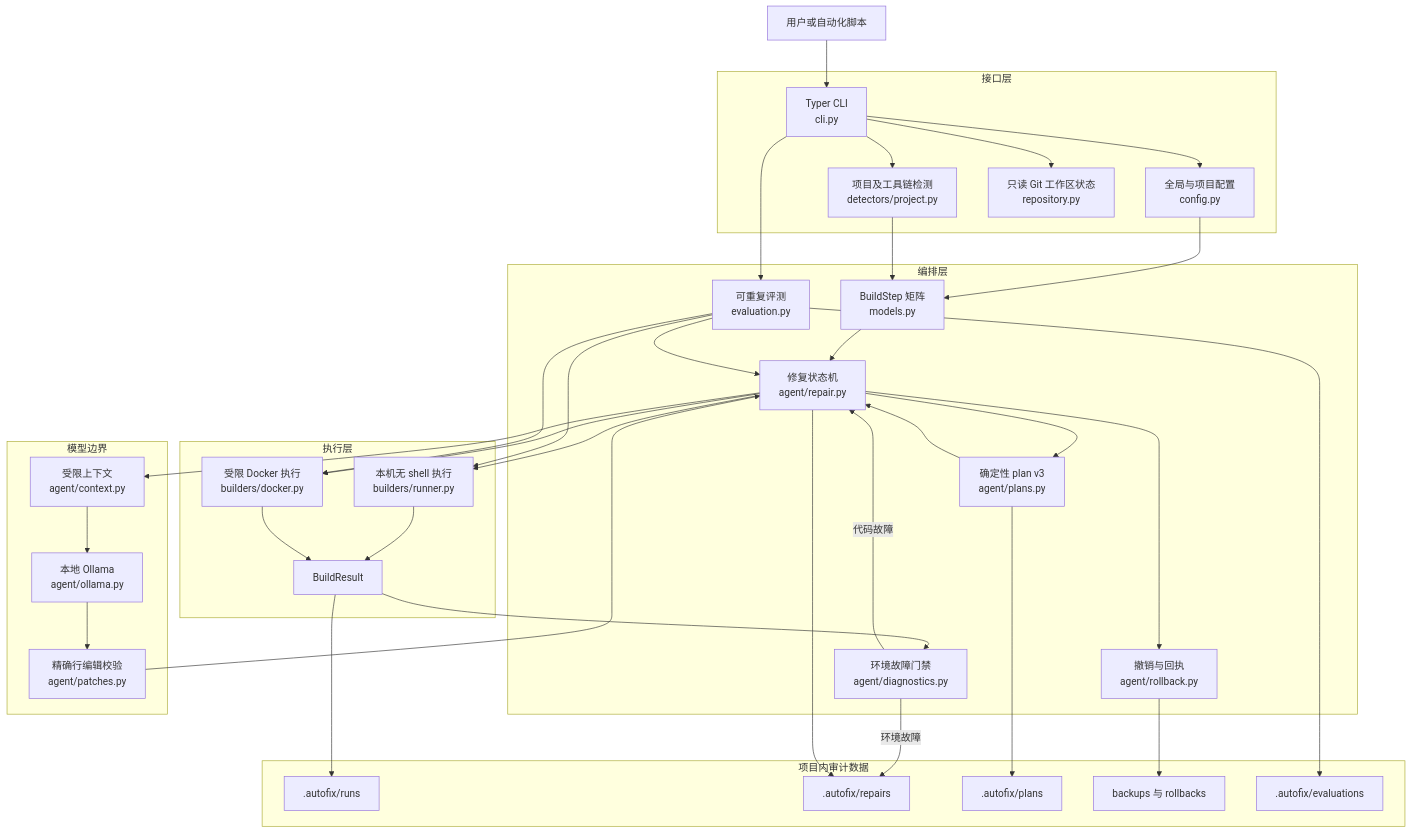
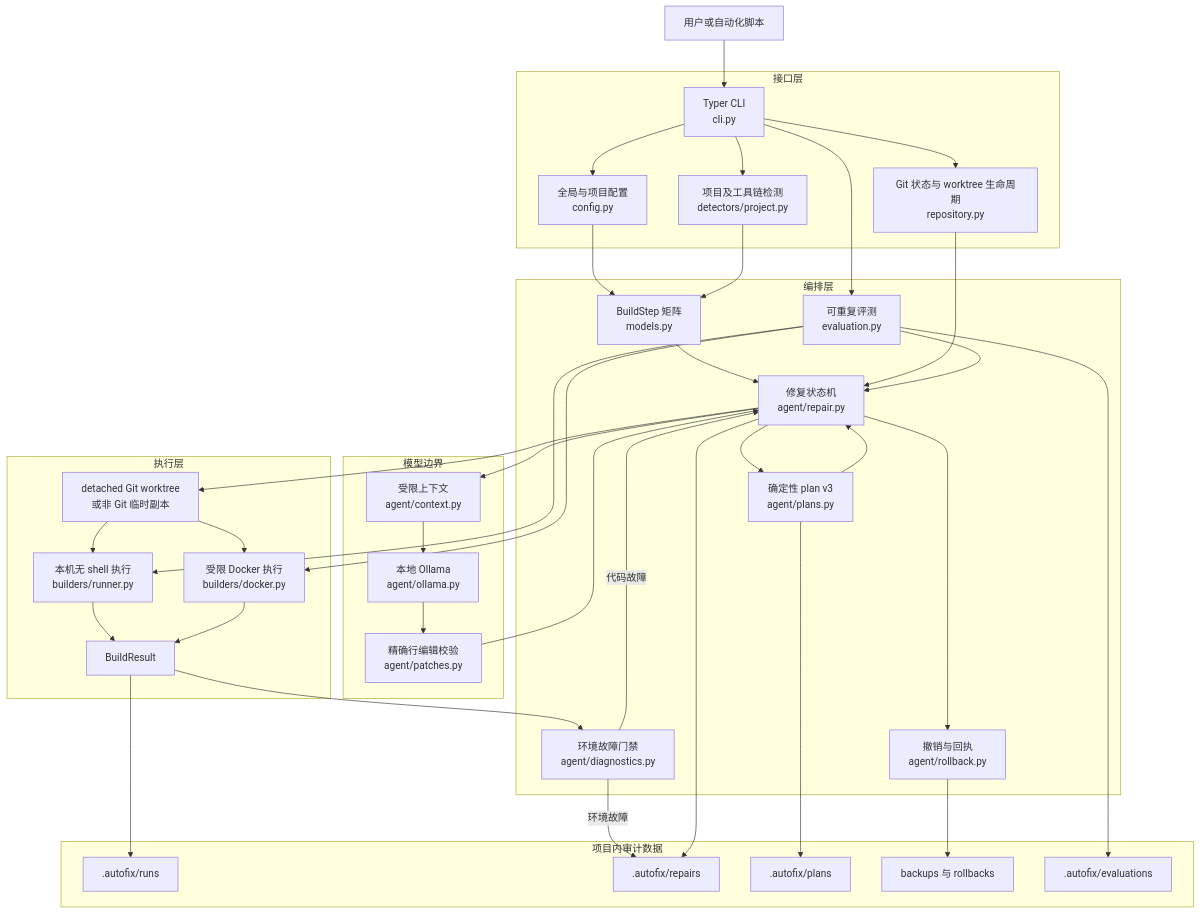
The first of 7 diagrams in docs/ARCHITECTURE_ZH.md (zhanghl-learner/docker-ollama-autofix), drawn with Mermaid before and after one commit. The commit also changed other lines of this file and 9 other files, not shown here.

Commit message:
Add isolated Git worktree repair workflow

````diff
--- a/docs/ARCHITECTURE_ZH.md
+++ b/docs/ARCHITECTURE_ZH.md
@@ -29,71 +29,74 @@
 ```mermaid
 flowchart TB
     USER[用户或自动化脚本]
 
     subgraph Interface[接口层]
         CLI[Typer CLI<br/>cli.py]
         CONFIG[全局与项目配置<br/>config.py]
         DETECT[项目及工具链检测<br/>detectors/project.py]
-        GIT[只读 Git 工作区状态<br/>repository.py]
+        GIT[Git 状态与 worktree 生命周期<br/>repository.py]
     end
 
     subgraph Orchestration[编排层]
         STEPS[BuildStep 矩阵<br/>models.py]
         REPAIR[修复状态机<br/>agent/repair.py]
         DIAG[环境故障门禁<br/>agent/diagnostics.py]
         PLAN[确定性 plan v3<br/>agent/plans.py]
         ROLLBACK[撤销与回执<br/>agent/rollback.py]
         EVALUATION[可重复评测<br/>evaluation.py]
     end
 
     subgraph Intelligence[模型边界]
         CONTEXT[受限上下文<br/>agent/context.py]
         OLLAMA[本地 Ollama<br/>agent/ollama.py]
         PATCH[精确行编辑校验<br/>agent/patches.py]
     end
 
     subgraph Execution[执行层]
+        WORKTREE[detached Git worktree<br/>或非 Git 临时副本]
         LOCAL[本机无 shell 执行<br/>builders/runner.py]
         DOCKER[受限 Docker 执行<br/>builders/docker.py]
         RESULT[BuildResult]
     end
 
     subgraph Artifacts[项目内审计数据]
         RUNS[.autofix/runs]
         REPAIRS[.autofix/repairs]
         PLANS[.autofix/plans]
         BACKUPS[backups 与 rollbacks]
         EVALUATIONS[.autofix/evaluations]
     end
 
     USER --> CLI
     CLI --> CONFIG
     CLI --> DETECT
     CLI --> GIT
     CONFIG --> STEPS
     DETECT --> STEPS
     STEPS --> REPAIR
+    GIT --> REPAIR
+    REPAIR --> WORKTREE
+    WORKTREE --> LOCAL
+    WORKTREE --> DOCKER
     REPAIR --> CONTEXT
     CONTEXT --> OLLAMA
     OLLAMA --> PATCH
     PATCH --> REPAIR
-    REPAIR --> LOCAL
-    REPAIR --> DOCKER
     LOCAL --> RESULT
     DOCKER --> RESULT
     RESULT --> DIAG
     DIAG -->|代码故障| REPAIR
     DIAG -->|环境故障| REPAIRS
     RESULT --> RUNS
     REPAIR --> REPAIRS
     REPAIR --> PLAN
     PLAN --> PLANS
     PLAN --> REPAIR
     REPAIR --> ROLLBACK
     ROLLBACK --> BACKUPS
     CLI --> EVALUATION
     EVALUATION --> LOCAL
     EVALUATION --> DOCKER
     EVALUATION --> REPAIR
     EVALUATION --> EVALUATIONS
 ```
````
